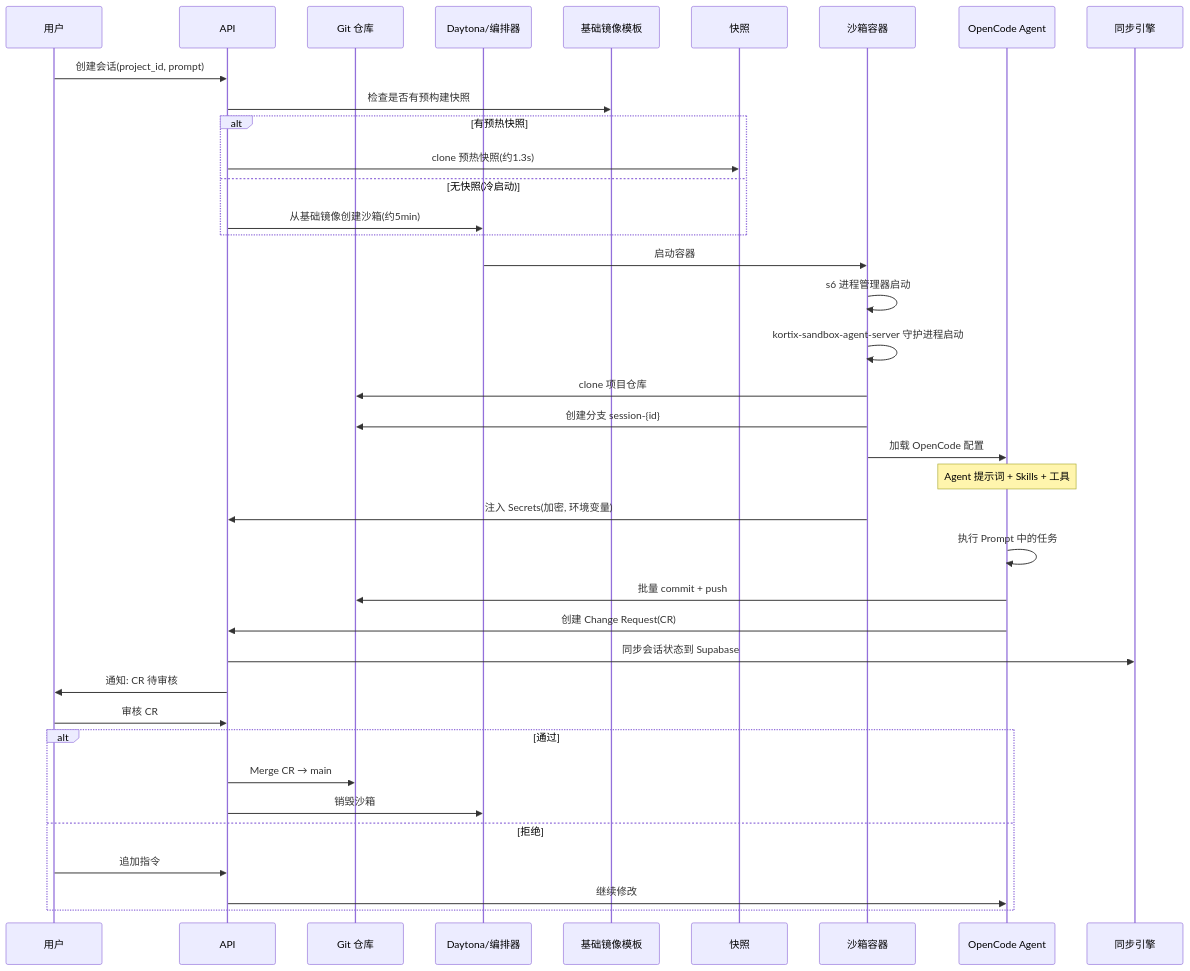
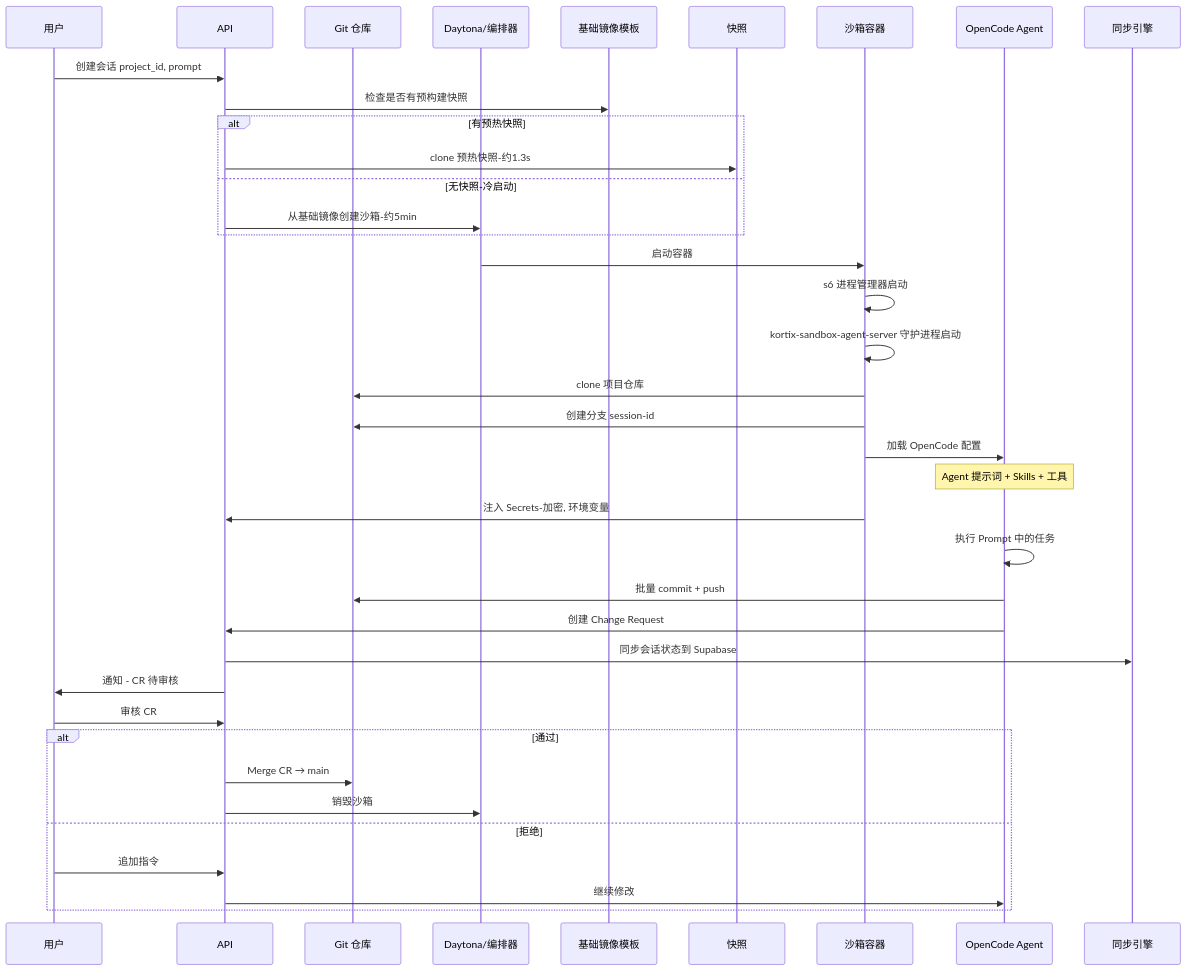
The tenth of 11 diagrams in suna-deep-dive.md (SilkLee/full-stack-guide), drawn with Mermaid before and after one commit. The commit also changed other lines of this file, not shown here.

Commit message:
Fix suna-deep-dive: update TOC for chapters 10-15, fix corrupted section 10 (Prisma->Drizzle, YAML->table), remove all () from sequence diagrams

````diff
--- a/suna-deep-dive.md
+++ b/suna-deep-dive.md
@@ -715,49 +703,49 @@
 ```mermaid
 sequenceDiagram
     participant User as 用户
     participant API as API
     participant Git as Git 仓库
     participant Daytona as Daytona/编排器
     participant Template as 基础镜像模板
     participant Snapshot as 快照
     participant SB as 沙箱容器
     participant Agent as OpenCode Agent
     participant Sync as 同步引擎
 
-    User->>API: 创建会话(project_id, prompt)
+    User->>API: 创建会话 project_id, prompt
     API->>Template: 检查是否有预构建快照
     
     alt 有预热快照
-        API->>Snapshot: clone 预热快照(约1.3s)
-    else 无快照(冷启动)
-        API->>Daytona: 从基础镜像创建沙箱(约5min)
+        API->>Snapshot: clone 预热快照-约1.3s
+    else 无快照-冷启动
+        API->>Daytona: 从基础镜像创建沙箱-约5min
     end
     
     Daytona->>SB: 启动容器
     SB->>SB: s6 进程管理器启动
     SB->>SB: kortix-sandbox-agent-server 守护进程启动
     
     SB->>Git: clone 项目仓库
-    SB->>Git: 创建分支 session-{id}
+    SB->>Git: 创建分支 session-id
     
     SB->>Agent: 加载 OpenCode 配置
     Note over Agent: Agent 提示词 + Skills + 工具
     
-    SB->>API: 注入 Secrets(加密, 环境变量)
+    SB->>API: 注入 Secrets-加密, 环境变量
     
     Agent->>Agent: 执行 Prompt 中的任务
     Agent->>Git: 批量 commit + push
     
-    Agent->>API: 创建 Change Request(CR)
+    Agent->>API: 创建 Change Request
     API->>Sync: 同步会话状态到 Supabase
-    API->>User: 通知: CR 待审核
+    API->>User: 通知 - CR 待审核
     
     User->>API: 审核 CR
     alt 通过
         API->>Git: Merge CR → main
         API->>Daytona: 销毁沙箱
     else 拒绝
         User->>API: 追加指令
         API->>Agent: 继续修改
     end
 ```
````
